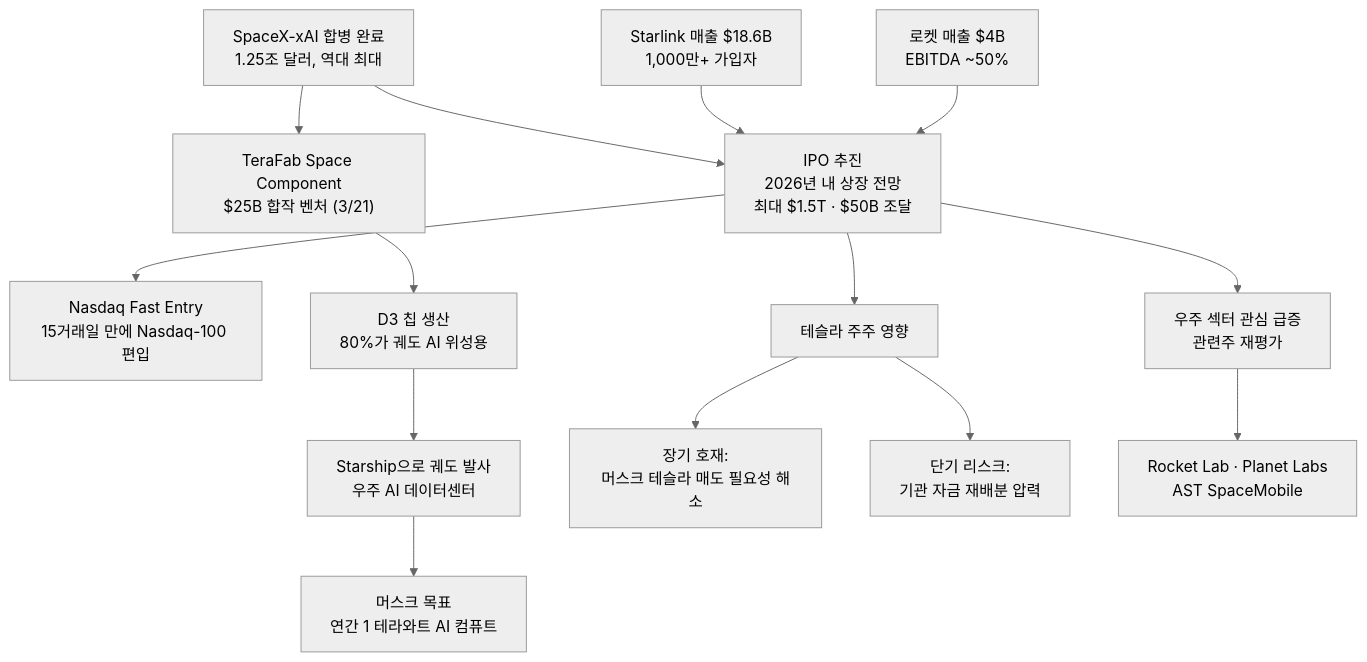
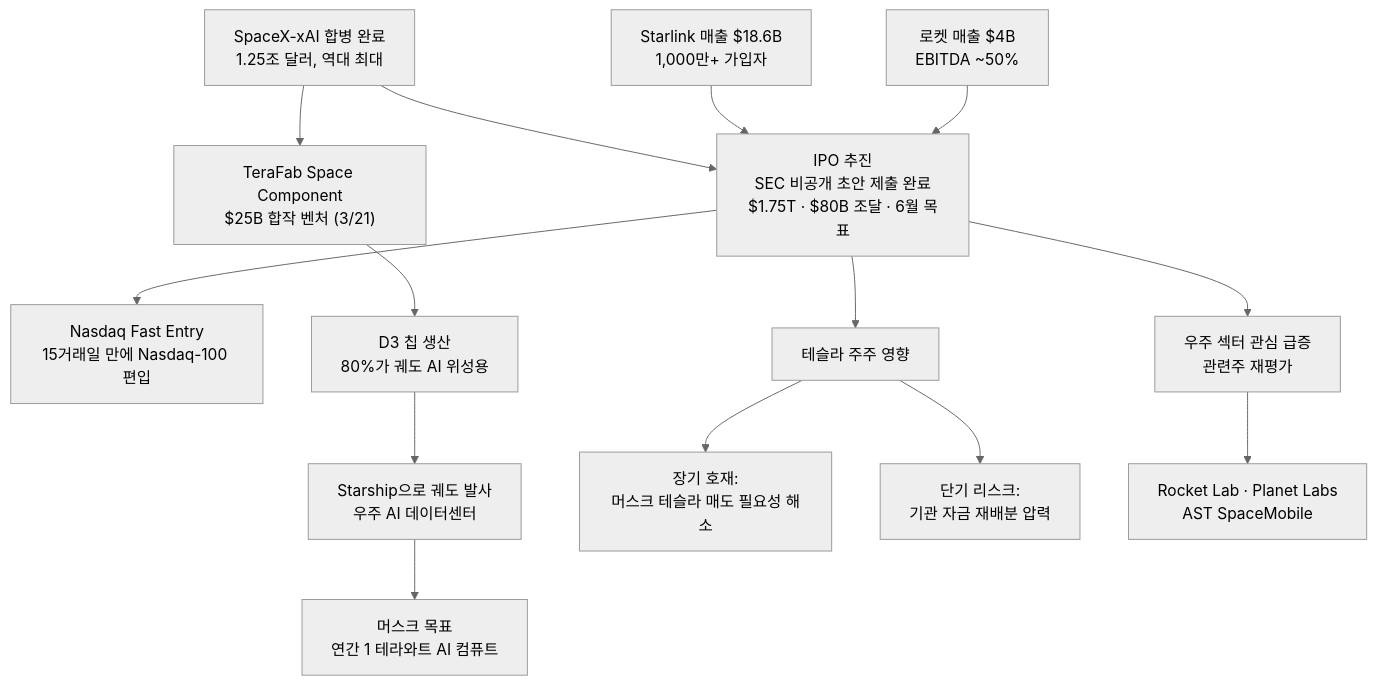
One commit to dss99911/dss99911.github.io changed the fifth of 7 diagrams in _posts/knowledge/invest/2026-02-28-defense-space-sector-outlook-2026.md. Above: the diagram before and after it, drawn with Mermaid (neutral theme). The commit also changed other lines of this file and 5 other files, not shown here.

````diff
--- a/_posts/knowledge/invest/2026-02-28-defense-space-sector-outlook-2026.md
+++ b/_posts/knowledge/invest/2026-02-28-defense-space-sector-outlook-2026.md
@@ -296,20 +310,20 @@
 ```mermaid
 graph TD
-    A["SpaceX-xAI 합병 완료<br/>1.25조 달러, 역대 최대"] --> B["IPO 추진<br/>2026년 내 상장 전망<br/>최대 $1.5T · $50B 조달"]
+    A["SpaceX-xAI 합병 완료<br/>1.25조 달러, 역대 최대"] --> B["IPO 추진<br/>SEC 비공개 초안 제출 완료<br/>$1.75T · $80B 조달 · 6월 목표"]
     B --> C["Nasdaq Fast Entry<br/>15거래일 만에 Nasdaq-100 편입"]
 
     A --> D["TeraFab Space Component<br/>$25B 합작 벤처 #40;3/21#41;"]
     D --> D1["D3 칩 생산<br/>80%가 궤도 AI 위성용"]
     D1 --> D2["Starship으로 궤도 발사<br/>우주 AI 데이터센터"]
     D2 --> D3["머스크 목표<br/>연간 1 테라와트 AI 컴퓨트"]
 
     B --> E["테슬라 주주 영향"]
     E --> F["장기 호재&colon;<br/>머스크 테슬라 매도 필요성 해소"]
     E --> G["단기 리스크&colon;<br/>기관 자금 재배분 압력"]
 
     B --> H["우주 섹터 관심 급증<br/>관련주 재평가"]
     H --> I["Rocket Lab · Planet Labs<br/>AST SpaceMobile"]
 
     J["Starlink 매출 $18.6B<br/>1,000만+ 가입자"] --> B
     K["로켓 매출 $4B<br/>EBITDA ~50%"] --> B
 ```
````
